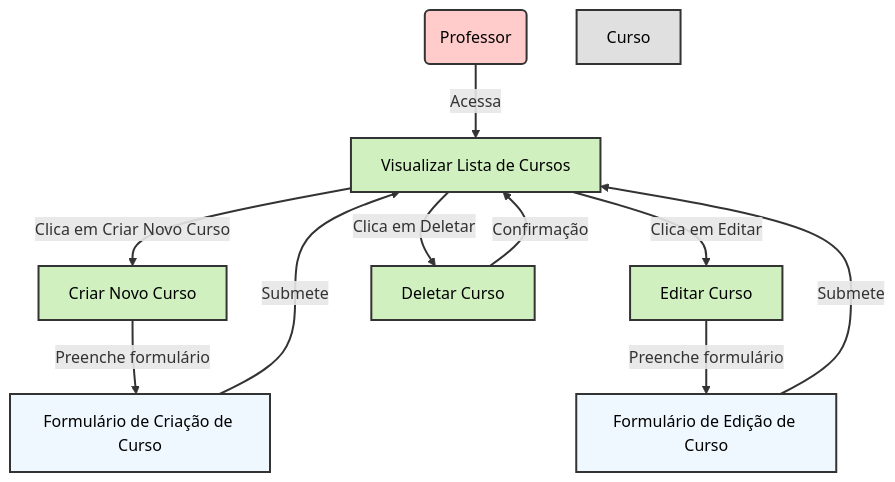
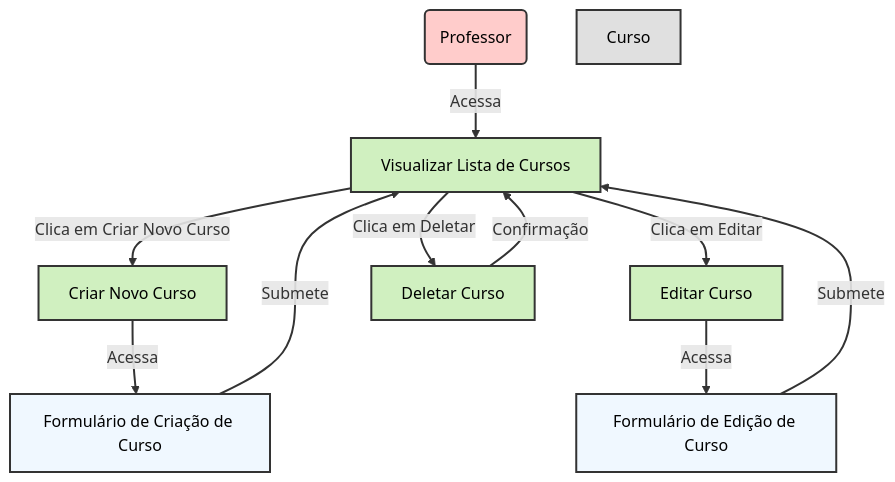
Before and after one commit to Paiva8859/PlataformaEAD: the sixth of 6 diagrams in README.md, drawn with Mermaid.

````diff
--- a/README.md
+++ b/README.md
@@ -158,51 +158,51 @@
 ```mermaid
 flowchart TD
     %% Definindo o Ator
     A1(Professor)
 
     %% Definindo as Ações
     P1[Visualizar Lista de Cursos]
     P2[Criar Novo Curso]
     P3[Editar Curso]
     P4[Deletar Curso]
 
     %% Definindo os Formulários
     F1[Formulário de Criação de Curso]
     F2[Formulário de Edição de Curso]
 
     %% Definindo os Cursos
     C1[Curso]
 
     %% Fluxo de Ações
     A1 -->|Acessa| P1
     P1 -->|Clica em Criar Novo Curso| P2
     P1 -->|Clica em Editar| P3
     P1 -->|Clica em Deletar| P4
 
-    P2 -->|Preenche formulário| F1
-    P3 -->|Preenche formulário| F2
+    P2 -->|Acessa| F1
+    P3 -->|Acessa| F2
 
     F1 -->|Submete| P1
     F2 -->|Submete| P1
 
     P4 -->|Confirmação| P1
 
     %% Estilizando o Ator
     classDef actor fill:#ffcccb,stroke:#333,stroke-width:2px,color:#000;
     class A1 actor;
 
     %% Estilizando as Ações
     classDef action fill:#d0f0c0,stroke:#333,stroke-width:2px,color:#000;
     class P1,P2,P3,P4 action;
 
     %% Estilizando os Formulários
     classDef form fill:#f0f8ff,stroke:#333,stroke-width:2px,color:#000;
     class F1,F2 form;
 
     %% Estilizando os Cursos
     classDef course fill:#e0e0e0,stroke:#333,stroke-width:2px,color:#000;
     class C1 course;
 
     %% Estilizando as Conexões
     linkStyle default stroke:#333,stroke-width:2px;
 ```
````
